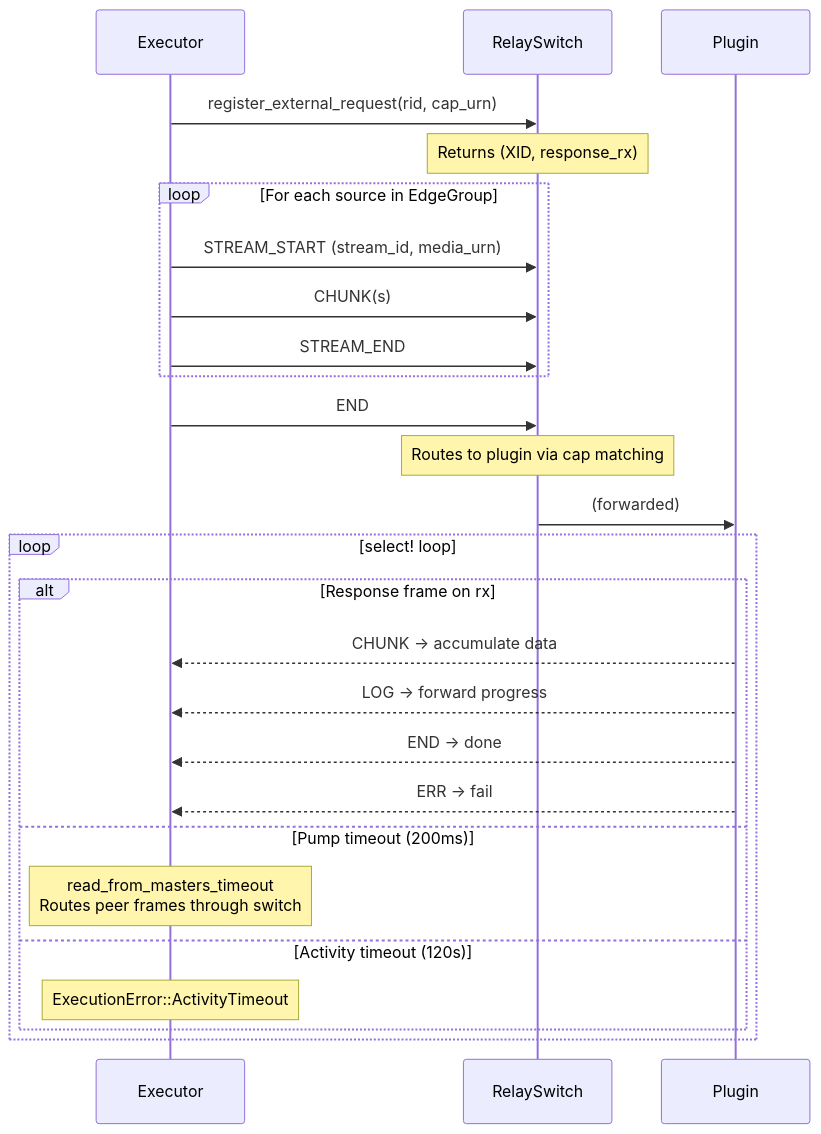
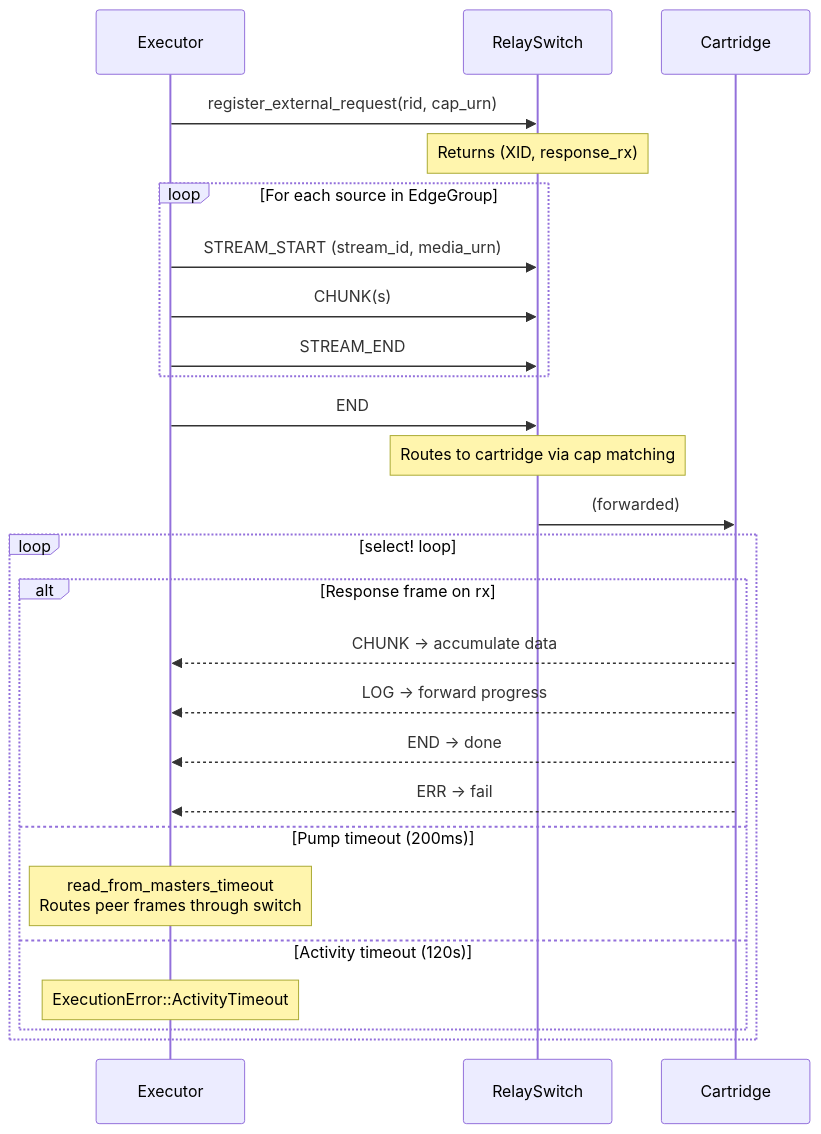
The second of 2 diagrams in docs/15.2-EXECUTION.md (machinefabric/capns), drawn with Mermaid before and after one commit. The commit also changed other lines of this file and 53 other files, not shown here.

````diff
--- a/docs/15.2-EXECUTION.md
+++ b/docs/15.2-EXECUTION.md
@@ -71,32 +71,32 @@
 ```mermaid
 sequenceDiagram
     participant EX as Executor
     participant SW as RelaySwitch
-    participant P as Plugin
+    participant P as Cartridge
 
     EX->>SW: register_external_request(rid, cap_urn)
     Note over SW: Returns (XID, response_rx)
 
     loop For each source in EdgeGroup
         EX->>SW: STREAM_START (stream_id, media_urn)
         EX->>SW: CHUNK(s)
         EX->>SW: STREAM_END
     end
     EX->>SW: END
 
-    Note over SW: Routes to plugin via cap matching
+    Note over SW: Routes to cartridge via cap matching
     SW->>P: (forwarded)
 
     loop select! loop
         alt Response frame on rx
             P-->>EX: CHUNK → accumulate data
             P-->>EX: LOG → forward progress
             P-->>EX: END → done
             P-->>EX: ERR → fail
         else Pump timeout (200ms)
             Note over EX: read_from_masters_timeout<br/>Routes peer frames through switch
         else Activity timeout (120s)
             Note over EX: ExecutionError::ActivityTimeout
         end
     end
 ```
````
